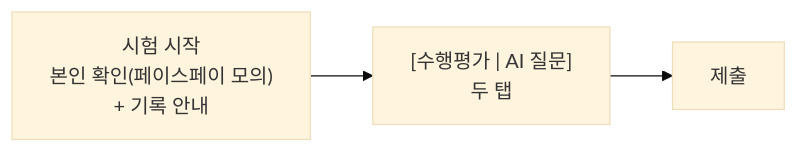
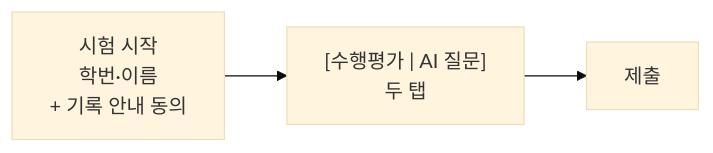
Before and after one commit to duswldbs0815/dotori-exam: the diagram in docs/02-student-screens.md, drawn with Mermaid (base theme). The commit also changed other lines of this file and 17 other files, not shown here.

````diff
--- a/docs/02-student-screens.md
+++ b/docs/02-student-screens.md
@@ -18,4 +18,4 @@
 ```mermaid
 flowchart LR
-    A["시험 시작<br/>본인 확인(페이스페이 모의)<br/>+ 기록 안내"] --> B["[수행평가 | AI 질문]<br/>두 탭"] --> E["제출"]
+    A["시험 시작<br/>학번·이름<br/>+ 기록 안내 동의"] --> B["[수행평가 | AI 질문]<br/>두 탭"] --> E["제출"]
 ```
````
